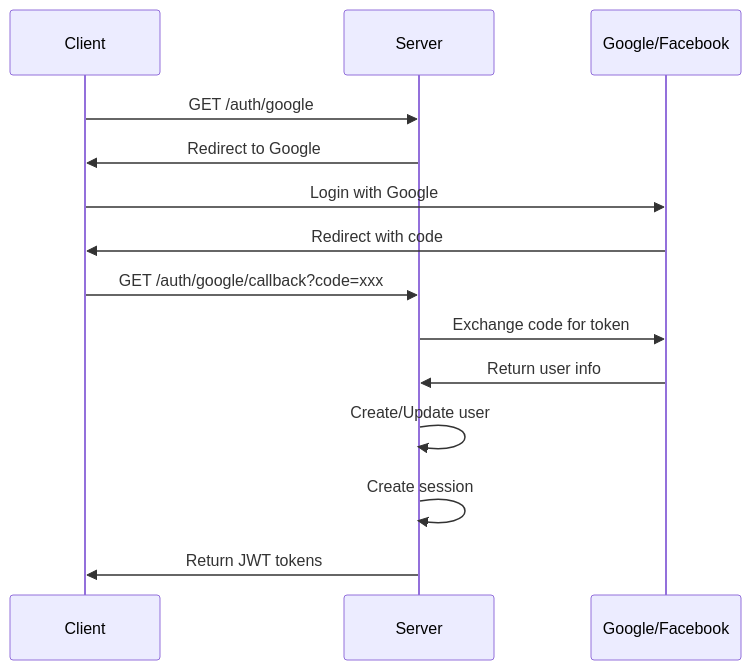
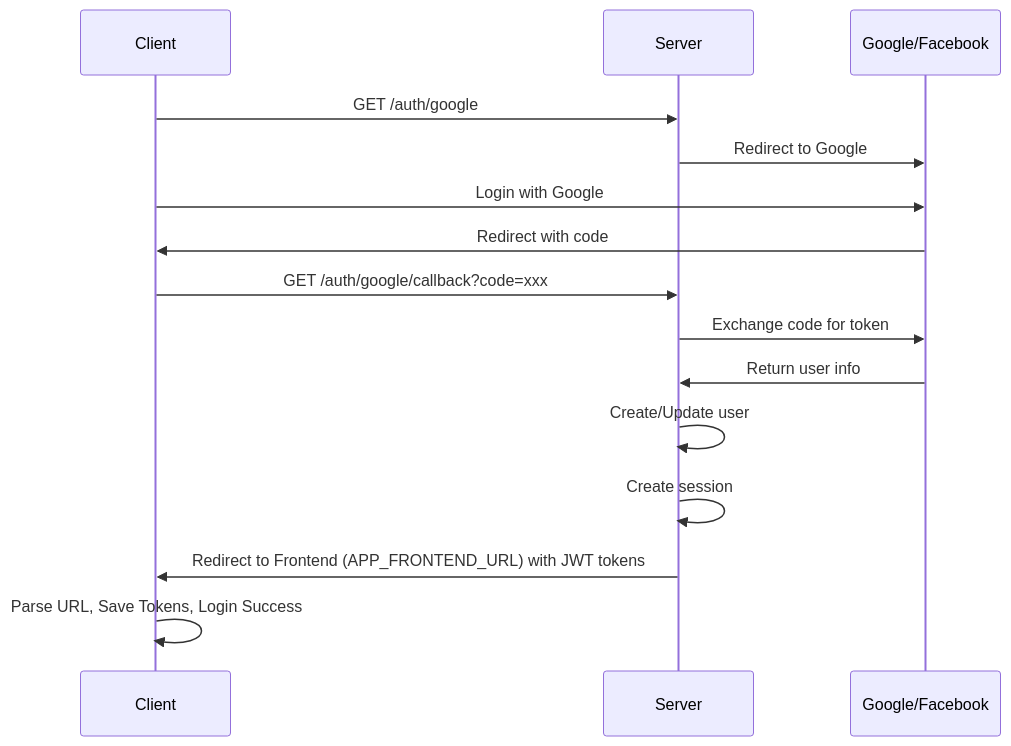
The diagram in docs/backend-design.md (haubtm/melodix), drawn with Mermaid before and after one commit. The commit also changed 3 other files, not shown here.

Commit message:
docs: update backend status and design docs with oauth flow diagram

````diff
--- a/docs/backend-design.md
+++ b/docs/backend-design.md
@@ -706,17 +706,18 @@
 ```mermaid
 sequenceDiagram
     participant C as Client
     participant S as Server
     participant G as Google/Facebook
 
     C->>S: GET /auth/google
-    S->>C: Redirect to Google
+    S->>G: Redirect to Google
     C->>G: Login with Google
     G->>C: Redirect with code
     C->>S: GET /auth/google/callback?code=xxx
     S->>G: Exchange code for token
     G->>S: Return user info
     S->>S: Create/Update user
     S->>S: Create session
-    S->>C: Return JWT tokens
+    S->>C: Redirect to Frontend (APP_FRONTEND_URL) with JWT tokens
+    C->>C: Parse URL, Save Tokens, Login Success
 ```
````
